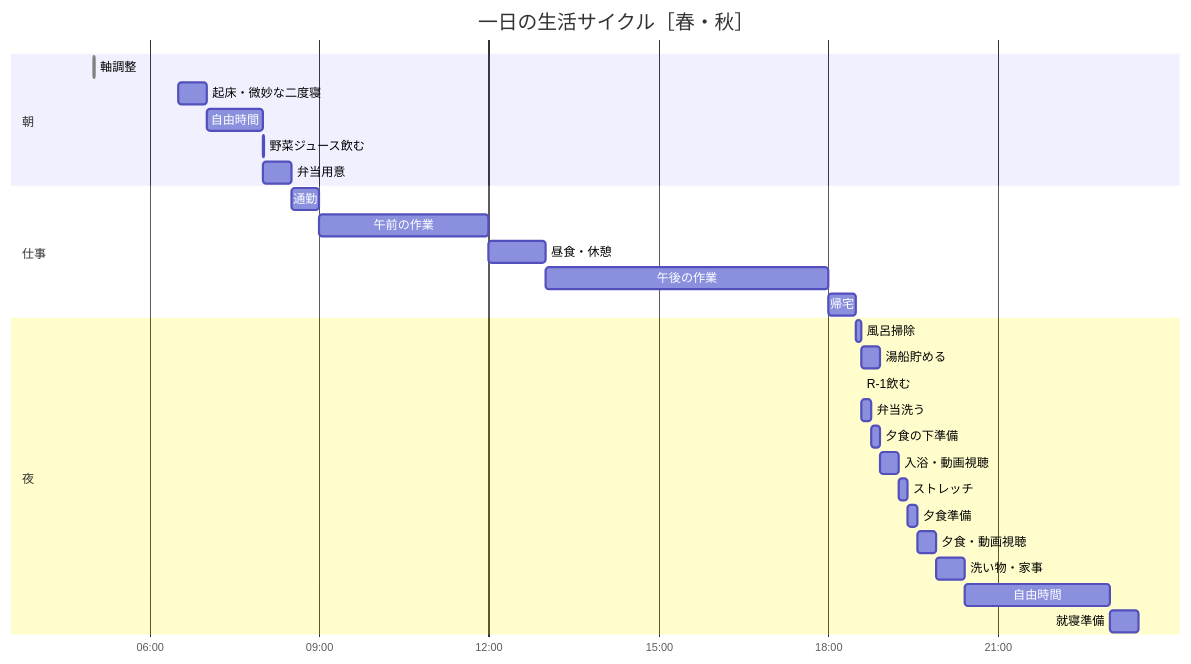
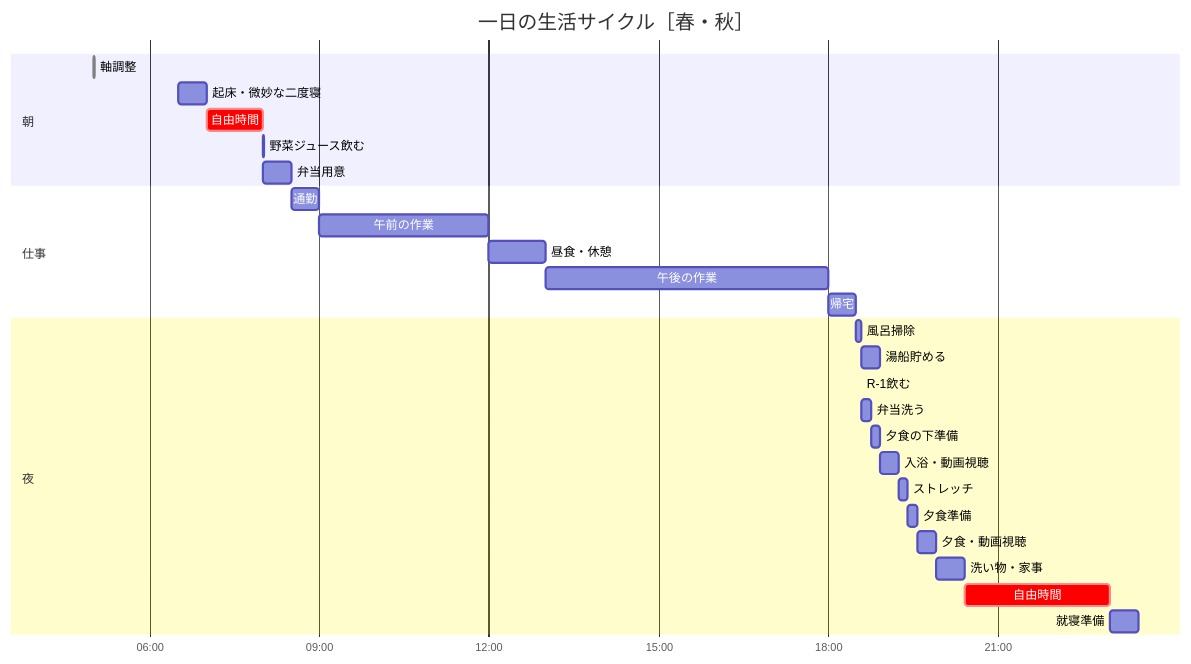
One commit to harurika0303/public-memo changed the first of 3 diagrams in memo/ライフスタイル/一日の生活サイクル.md. Above: the diagram before and after it, drawn with Mermaid. The commit also changed other lines of this file, not shown here.

````diff
--- a/memo/ライフスタイル/一日の生活サイクル.md
+++ b/memo/ライフスタイル/一日の生活サイクル.md
@@ -5,35 +5,35 @@
 ```mermaid
 gantt
     title 一日の生活サイクル［春・秋］
     dateFormat HH:mm
     axisFormat %H:%M
     tickInterval 1h
 
     section 朝
     軸調整            :done, 05:00, 1m
     起床・微妙な二度寝                :06:30, 30m
-    自由時間             :07:00, 1h
+    自由時間             :crit, 07:00, 1h
     野菜ジュース飲む     :08:00, 1m
     弁当用意     :08:00, 30m
 
     section 仕事
     通勤             :08:30, 30m
     午前の作業        :09:00, 3h
     昼食・休憩        :12:00, 1h
     午後の作業        :13:00, 5h
     帰宅             :18:00, 30m
 
     section 夜
     風呂掃除        :18:30, 5m
     湯船貯める        :18:35, 20m
     R-1飲む        :18:35, 1m
     弁当洗う        :18:36, 10m
     夕食の下準備        :18:46, 9m
     入浴・動画視聴        :18:55, 20m
     ストレッチ        :19:15, 10m
     夕食準備        :19:25, 10m
     夕食・動画視聴        :19:35, 20m
     洗い物・家事        :19:55, 30m
-    自由時間          :20:25, 155m
+    自由時間          :crit, 20:25, 155m
     就寝準備          :23:00, 30m
 ```
````
